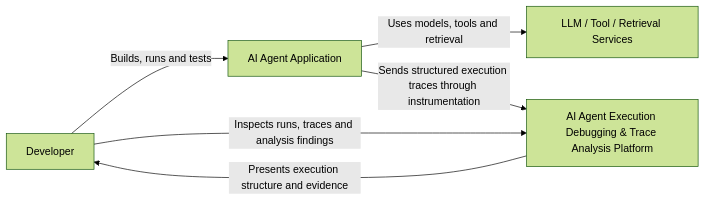
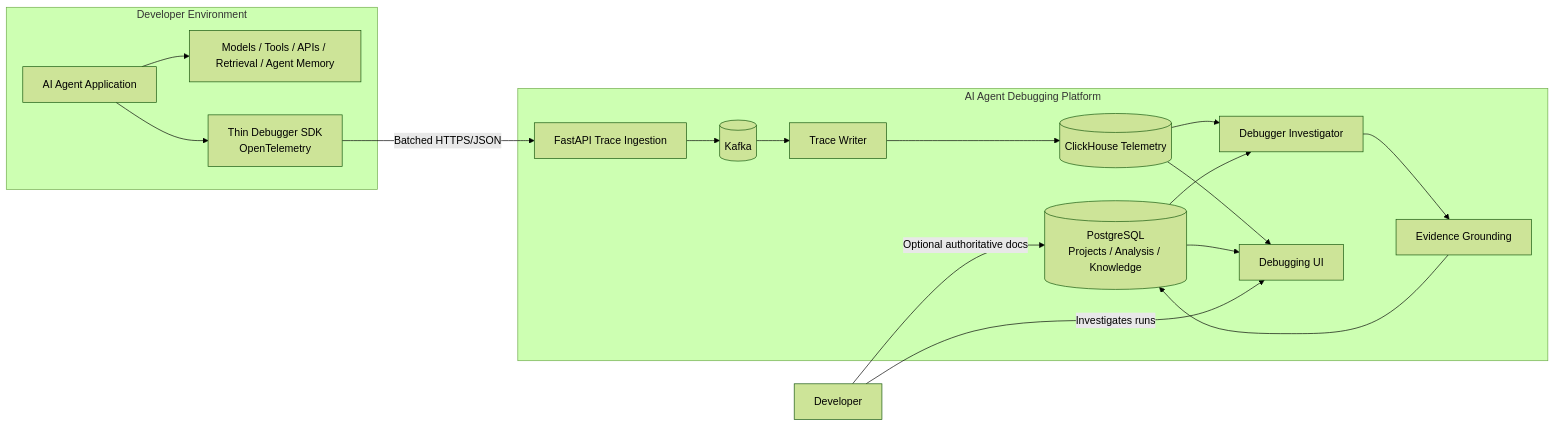
The diagram in docs/diagrams/system_context_diagram.mermaid (gcharpe1604/ai_agent_debugger), drawn with Mermaid (forest theme) before and after one commit. The commit also changed 10 other files, not shown here.

Commit message:
docs: sync updated architecture from otel SDK foundation

```diff
--- a/docs/diagrams/system_context_diagram.mermaid
+++ b/docs/diagrams/system_context_diagram.mermaid
@@ -1,18 +1,32 @@
 flowchart LR
     DEV[Developer]
+    subgraph APP[Developer Environment]
+        AGENT[AI Agent Application]
+        EXT[Models / Tools / APIs / Retrieval / Agent Memory]
+        SDK[Thin Debugger SDK<br/>OpenTelemetry]
+        AGENT --> EXT
+        AGENT --> SDK
+    end
 
-    AGENT[AI Agent Application]
+    subgraph PLATFORM[AI Agent Debugging Platform]
+        INGEST[FastAPI Trace Ingestion]
+        KAFKA[(Kafka)]
+        WRITER[Trace Writer]
+        CH[(ClickHouse Telemetry)]
+        PG[(PostgreSQL<br/>Projects / Analysis / Knowledge)]
+        INVEST[Debugger Investigator]
+        GROUND[Evidence Grounding]
+        UI[Debugging UI]
 
-    EXT[LLM / Tool / Retrieval Services]
+        INGEST --> KAFKA --> WRITER --> CH
+        CH --> INVEST
+        PG --> INVEST
+        INVEST --> GROUND
+        GROUND --> PG
+        CH --> UI
+        PG --> UI
+    end
 
-    DEBUGGER["AI Agent Execution Debugging & Trace Analysis Platform"]
-
-    DEV -->|Builds, runs and tests| AGENT
-
-    AGENT -->|Uses models, tools and retrieval| EXT
-
-    AGENT -->|Sends structured execution traces through instrumentation| DEBUGGER
-
-    DEV -->|Inspects runs, traces and analysis findings| DEBUGGER
-
-    DEBUGGER -->|Presents execution structure and evidence| DEV
+    SDK -->|Batched HTTPS/JSON| INGEST
+    DEV -->|Optional authoritative docs| PG
+    DEV -->|Investigates runs| UI
```
